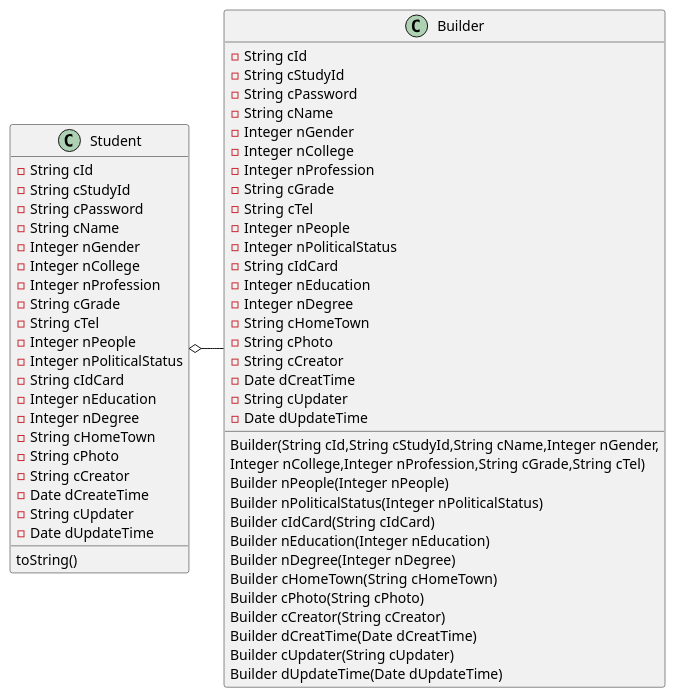
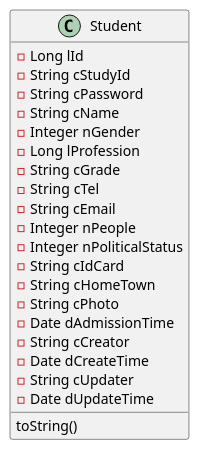
The diagram in uml/ClassDiagram/Student.puml (lbykang/SmartCampus), drawn with PlantUML before and after one commit. The commit also changed 2 other files, not shown here.

Commit message:
完善教师学生类图

```diff
--- a/uml/ClassDiagram/Student.puml
+++ b/uml/ClassDiagram/Student.puml
@@ -1,61 +1,25 @@
 @startuml
 class Student{
--String cId
+-Long lId
 -String cStudyId
 -String cPassword
 -String cName
 -Integer nGender
--Integer nCollege
--Integer nProfession
+-Long lProfession
 -String cGrade
 -String cTel
+-String cEmail
 -Integer nPeople
 -Integer nPoliticalStatus
 -String cIdCard
--Integer nEducation
--Integer nDegree
 -String cHomeTown
 -String cPhoto
+-Date dAdmissionTime
 -String cCreator
 -Date dCreateTime
 -String cUpdater
 -Date dUpdateTime
 toString()
 }
-class Builder{
--String cId
--String cStudyId
--String cPassword
--String cName
--Integer nGender
--Integer nCollege
--Integer nProfession
--String cGrade
--String cTel
--Integer nPeople
--Integer nPoliticalStatus
--String cIdCard
--Integer nEducation
--Integer nDegree
--String cHomeTown
--String cPhoto
--String cCreator
--Date dCreatTime
--String cUpdater
--Date dUpdateTime
-Builder(String cId,String cStudyId,String cName,Integer nGender,
-Integer nCollege,Integer nProfession,String cGrade,String cTel)
-Builder nPeople(Integer nPeople)
-Builder nPoliticalStatus(Integer nPoliticalStatus)
-Builder cIdCard(String cIdCard)
-Builder nEducation(Integer nEducation)
-Builder nDegree(Integer nDegree)
-Builder cHomeTown(String cHomeTown)
-Builder cPhoto(String cPhoto)
-Builder cCreator(String cCreator)
-Builder dCreatTime(Date dCreatTime)
-Builder cUpdater(String cUpdater)
-Builder dUpdateTime(Date dUpdateTime)
-}
-Student o- Builder
+
 @enduml
```
